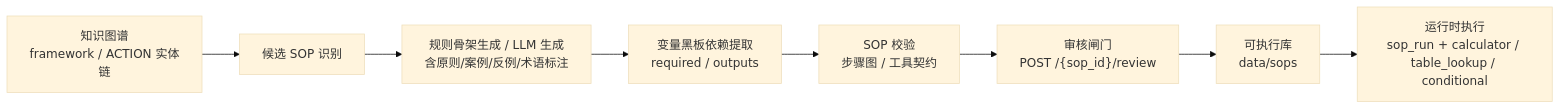
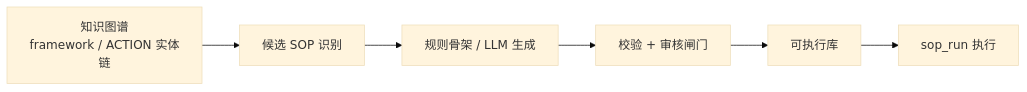
One commit to 0mao0/AnGIneer changed the second of 3 diagrams in README.md. Above: the diagram before and after it, drawn with Mermaid (base theme). The commit also changed other lines of this file and 4 other files, not shown here.

First line of the commit message:
docs(readme): 重排并补产品/对比截图——新增 app-qa-chat.png / app-axis-design.gif / app-report-writing.gif / admin-evals.png 四图，引用 OmniDocBench·朴素 RAG·FinanceBench 三张对比图

````diff
--- a/README.md
+++ b/README.md
@@ -246,10 +90,8 @@
 ```mermaid
 flowchart LR
     GRAPH["知识图谱<br/>framework / ACTION 实体链"] --> CAND["候选 SOP 识别"]
-    CAND --> GEN["规则骨架生成 / LLM 生成<br/>含原则/案例/反例/术语标注"]
-    GEN --> BB["变量黑板依赖提取<br/>required / outputs"]
-    BB --> VAL["SOP 校验<br/>步骤图 / 工具契约"]
-    VAL --> REV2["审核闸门<br/>POST /{sop_id}/review"]
-    REV2 --> LIB["可执行库<br/>data/sops"]
-    LIB --> RUN["运行时执行<br/>sop_run + calculator / table_lookup / conditional"]
+    CAND --> GEN["规则骨架 / LLM 生成"]
+    GEN --> VAL["校验 + 审核闸门"]
+    VAL --> LIB["可执行库"]
+    LIB --> RUN["sop_run 执行"]
 ```
````
